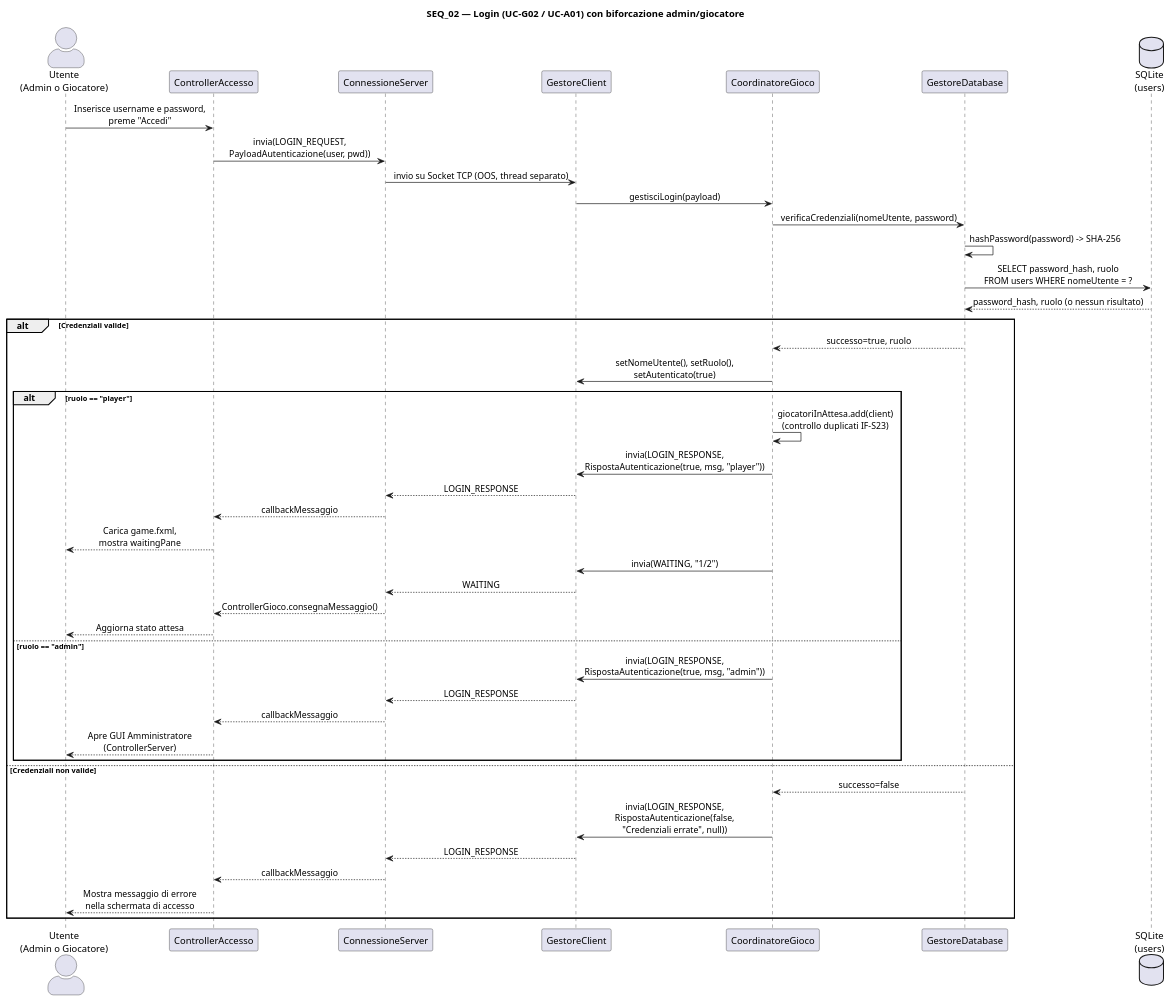
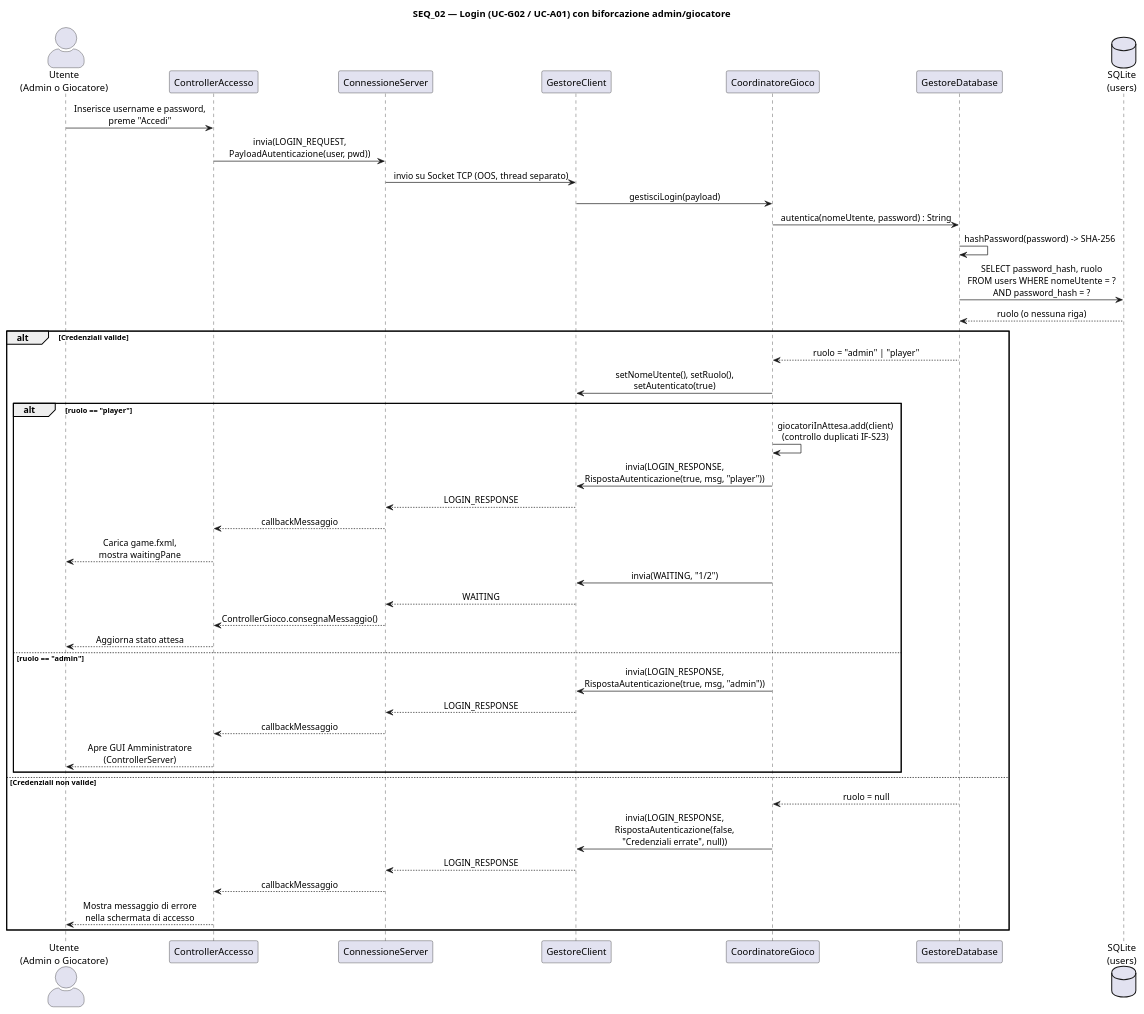
Before and after one commit to Michele-Pio-Russo/Progetto_Java_Avanzata_Gruppo_2: the diagram in Documenti/Diagrammi/SEQ_02_Login.puml, drawn with PlantUML. The commit also changed 12 other files, not shown here.

```diff
--- a/Documenti/Diagrammi/SEQ_02_Login.puml
+++ b/Documenti/Diagrammi/SEQ_02_Login.puml
@@ -1,53 +1,53 @@
 @startuml SEQ_02_Login
 skinparam actorStyle awesome
 skinparam sequenceMessageAlign center
 
 title SEQ_02 — Login (UC-G02 / UC-A01) con biforcazione admin/giocatore
 
 actor "Utente\n(Admin o Giocatore)" as U
 participant "ControllerAccesso" as CA
 participant "ConnessioneServer" as CONN
 participant "GestoreClient" as GC
 participant "CoordinatoreGioco" as COORD
 participant "GestoreDatabase" as DB_MGR
 database "SQLite\n(users)" as DB
 
 U -> CA : Inserisce username e password,\npreme "Accedi"
 CA -> CONN : invia(LOGIN_REQUEST,\nPayloadAutenticazione(user, pwd))
 CONN -> GC : invio su Socket TCP (OOS, thread separato)
 GC -> COORD : gestisciLogin(payload)
-COORD -> DB_MGR : verificaCredenziali(nomeUtente, password)
+COORD -> DB_MGR : autentica(nomeUtente, password) : String
 DB_MGR -> DB_MGR : hashPassword(password) -> SHA-256
-DB_MGR -> DB : SELECT password_hash, ruolo\nFROM users WHERE nomeUtente = ?
-DB --> DB_MGR : password_hash, ruolo (o nessun risultato)
+DB_MGR -> DB : SELECT password_hash, ruolo\nFROM users WHERE nomeUtente = ?\nAND password_hash = ?
+DB --> DB_MGR : ruolo (o nessuna riga)
 
 alt Credenziali valide
-  DB_MGR --> COORD : successo=true, ruolo
+  DB_MGR --> COORD : ruolo = "admin" | "player"
   COORD -> GC : setNomeUtente(), setRuolo(),\nsetAutenticato(true)
 
   alt ruolo == "player"
     COORD -> COORD : giocatoriInAttesa.add(client)\n(controllo duplicati IF-S23)
     COORD -> GC : invia(LOGIN_RESPONSE,\nRispostaAutenticazione(true, msg, "player"))
     GC --> CONN : LOGIN_RESPONSE
     CONN --> CA : callbackMessaggio
     CA --> U : Carica game.fxml,\nmostra waitingPane
     COORD -> GC : invia(WAITING, "1/2")
     GC --> CONN : WAITING
     CONN --> CA : ControllerGioco.consegnaMessaggio()
     CA --> U : Aggiorna stato attesa
 
   else ruolo == "admin"
     COORD -> GC : invia(LOGIN_RESPONSE,\nRispostaAutenticazione(true, msg, "admin"))
     GC --> CONN : LOGIN_RESPONSE
     CONN --> CA : callbackMessaggio
     CA --> U : Apre GUI Amministratore\n(ControllerServer)
   end
 
 else Credenziali non valide
-  DB_MGR --> COORD : successo=false
+  DB_MGR --> COORD : ruolo = null
   COORD -> GC : invia(LOGIN_RESPONSE,\nRispostaAutenticazione(false,\n"Credenziali errate", null))
   GC --> CONN : LOGIN_RESPONSE
   CONN --> CA : callbackMessaggio
   CA --> U : Mostra messaggio di errore\nnella schermata di accesso
 end
 @enduml
```
